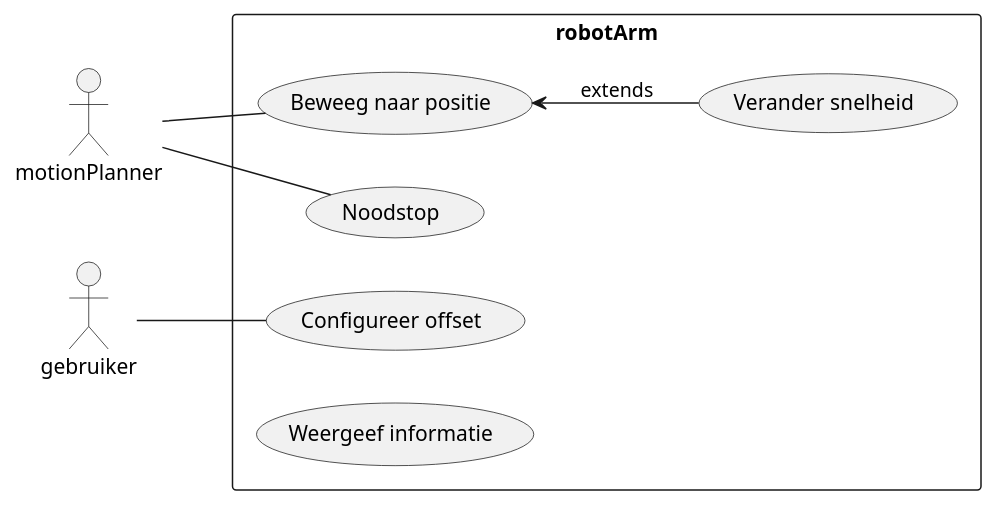
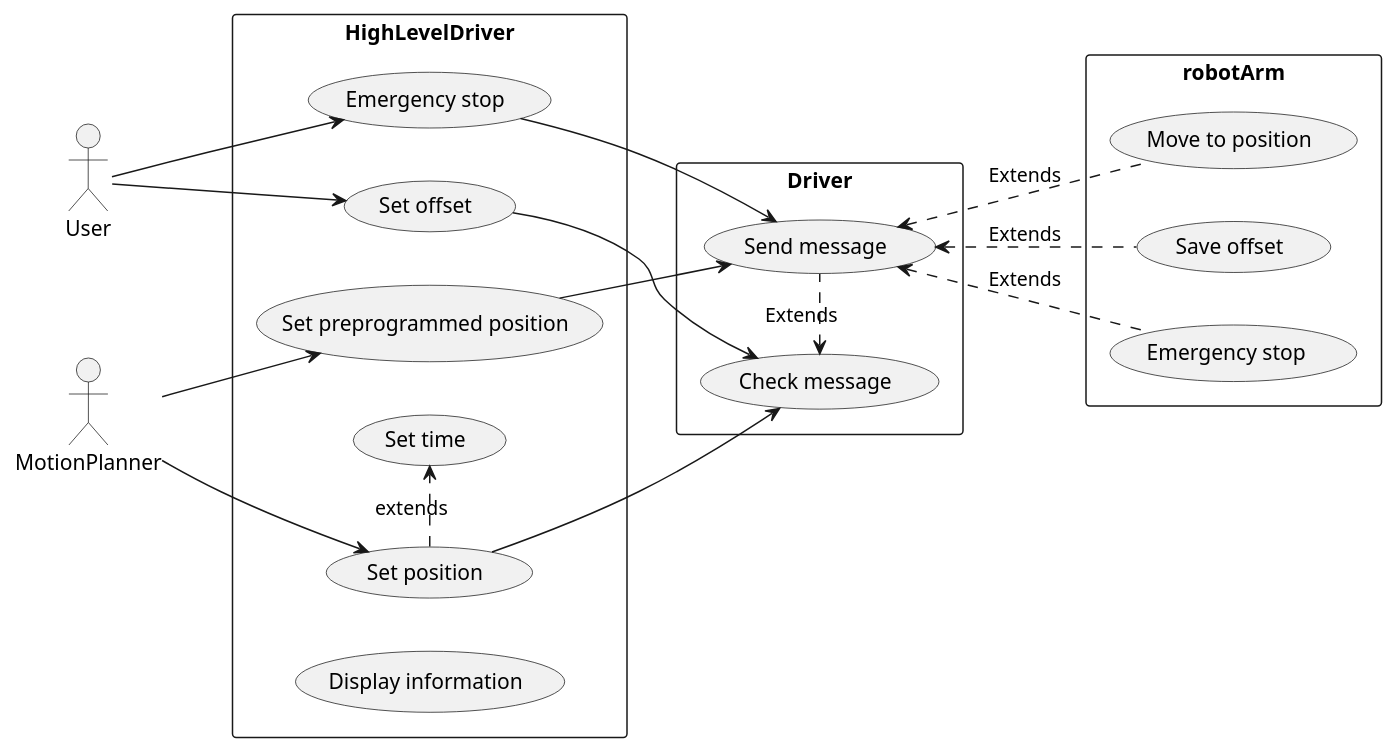
The diagram in documentation/usecaseDiagramSubsystems.plantuml (JochemGrootherder1/WorWorld), drawn with PlantUML before and after one commit.

Commit message:
Use case diagram

```diff
--- a/documentation/usecaseDiagramSubsystems.plantuml
+++ b/documentation/usecaseDiagramSubsystems.plantuml
@@ -1,19 +1,39 @@
 @startuml
 left to right direction
 
-Actor motionPlanner
-Actor gebruiker
+Actor User
+Actor MotionPlanner
+
+rectangle Driver{
+    (Check message) <. (Send message) : Extends
+}
+
+rectangle HighLevelDriver{
+    (Set position) .> (Set time) : extends
+    (Set preprogrammed position)
+    (Emergency stop)
+    (Set offset)
+    (Display information)
+}
 
 rectangle robotArm{
-    (Configureer offset)
-    (Beweeg naar positie)
-    (Verander snelheid)
-    (Noodstop)
-    (Weergeef informatie)
+    (Move to position)
+    (Save offset)
+    (Emergency stop )
 }
 
-gebruiker -- (Configureer offset)
-motionPlanner -- (Beweeg naar positie)
-(Beweeg naar positie) <--(Verander snelheid) : extends
-motionPlanner -- (Noodstop)
+User --> (Set offset)
+User --> (Emergency stop)
+MotionPlanner --> (Set preprogrammed position)
+MotionPlanner --> (Set position)
+
+
+(Emergency stop) --> (Send message)
+(Set position) --> (Check message)
+(Set preprogrammed position) --> (Send message)
+(Set offset) --> (Check message)
+
+(Send message) <.. (Move to position) : Extends
+(Send message) <.. (Save offset) : Extends
+(Send message) <.. (Emergency stop ) : Extends
 @enduml
```
